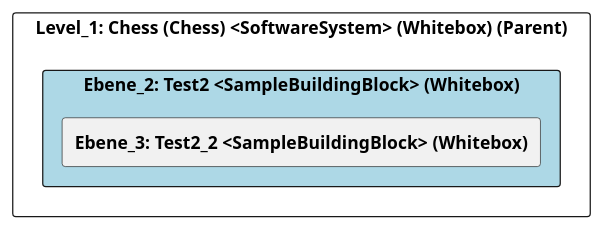
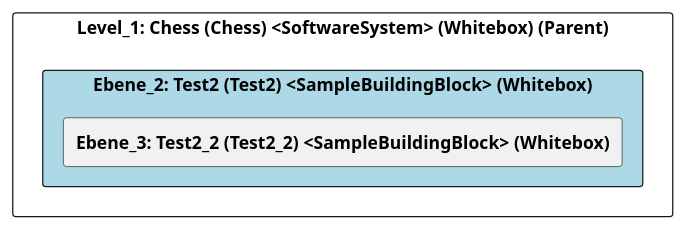
The diagram in src/cleon.architecturemethods.arc42.sample/doc/cleon_architecturemethods_arc42_sample_arc42/adoc/de/05_bausteinsicht/chess/test2/ebene_2_test2.adoc (marcozwyssig/cleon), drawn with PlantUML before and after one commit. The commit also changed other lines of this file and 166 other files, not shown here.

```diff
--- a/src/cleon.architecturemethods.arc42.sample/doc/cleon_architecturemethods_arc42_sample_arc42/adoc/de/05_bausteinsicht/chess/test2/ebene_2_test2.adoc
+++ b/src/cleon.architecturemethods.arc42.sample/doc/cleon_architecturemethods_arc42_sample_arc42/adoc/de/05_bausteinsicht/chess/test2/ebene_2_test2.adoc
@@ -21,26 +21,26 @@
-[plantuml, Ebene_2: Test2 <SampleBuildingBlock> (Whitebox)BlockOverview, format="svg"]
+[plantuml, Ebene_2: Test2 (Test2) <SampleBuildingBlock> (Whitebox)BlockOverview, format="svg"]
 ----
-@startuml Ebene_2: Test2 <SampleBuildingBlock> (Whitebox)BuildingBlockOverview
+@startuml Ebene_2: Test2 (Test2) <SampleBuildingBlock> (Whitebox)BuildingBlockOverview
 
 skinparam ranksep 10
 skinparam componentStyle rectangle
 skinparam shadowing false
 skinparam arrowColor lightblue
 skinparam arrowThickness 1.2
 skinparam rectangle {
   BackgroundColor White
   BorderColor #333
   RoundCorner 10
 }
 top to bottom direction
 
 component "Level_1: Chess (Chess) <SoftwareSystem> (Whitebox) (Parent)" {
-    component "Ebene_2: Test2 <SampleBuildingBlock> (Whitebox)" #lightblue {
-        [**Ebene_3: Test2_2 <SampleBuildingBlock> (Whitebox)**] as 489CD283_D579_11EE_903E_9F564E4DE07E
+    component "Ebene_2: Test2 (Test2) <SampleBuildingBlock> (Whitebox)" #lightblue {
+        [**Ebene_3: Test2_2 (Test2_2) <SampleBuildingBlock> (Whitebox)**] as 489CD283_D579_11EE_903E_9F564E4DE07E
     }
 
     
 }
 
 @enduml
 ----
```
